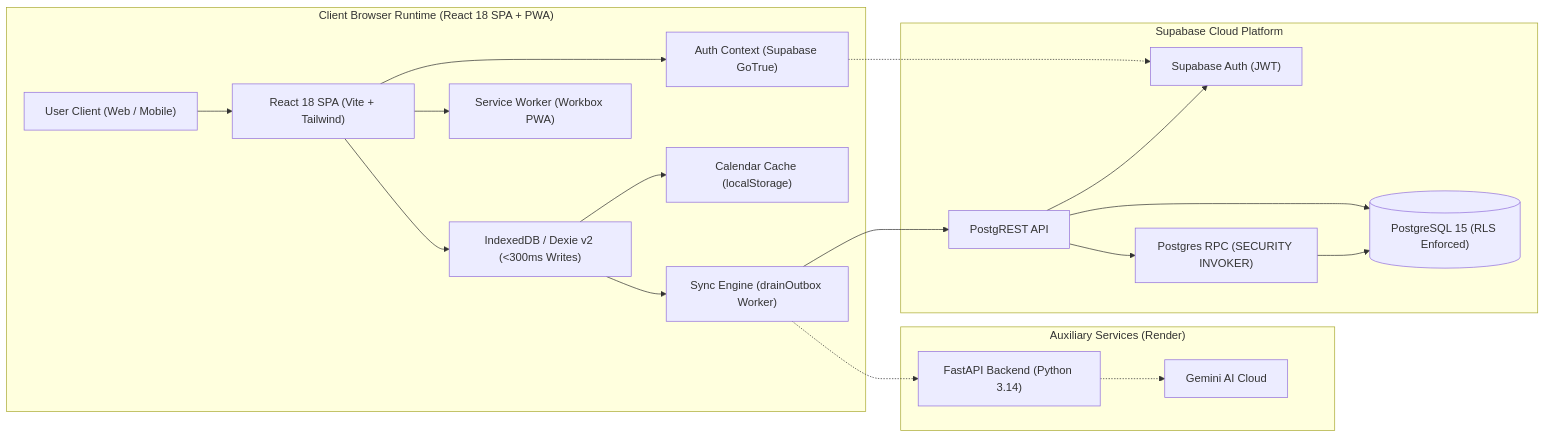
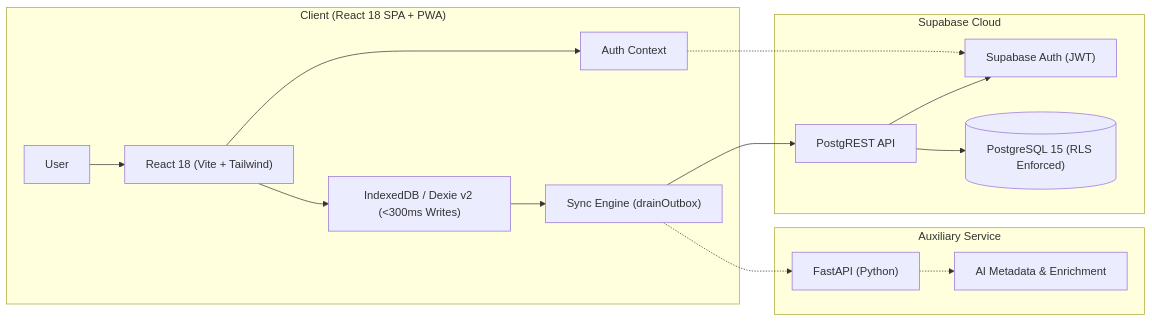
One commit to Rohitdare/Praxis changed the diagram in README.md. Above: the diagram before and after it, drawn with Mermaid. The commit also changed other lines of this file, not shown here.

````diff
--- a/README.md
+++ b/README.md
@@ -108,25 +72,21 @@
 ```mermaid
 graph LR
-    subgraph Client["Client Browser Runtime (React 18 SPA + PWA)"]
-        User["User Client (Web / Mobile)"] --> SPA["React 18 SPA (Vite + Tailwind)"]
-        SPA --> Auth["Auth Context (Supabase GoTrue)"]
-        SPA --> SW["Service Worker (Workbox PWA)"]
+    subgraph Client["Client (React 18 SPA + PWA)"]
+        User["User"] --> SPA["React 18 (Vite + Tailwind)"]
+        SPA --> Auth["Auth Context"]
         SPA --> DB["IndexedDB / Dexie v2 (<300ms Writes)"]
-        DB --> CalCache["Calendar Cache (localStorage)"]
-        DB --> Sync["Sync Engine (drainOutbox Worker)"]
+        DB --> Sync["Sync Engine (drainOutbox)"]
     end
 
-    subgraph Cloud["Supabase Cloud Platform"]
+    subgraph Cloud["Supabase Cloud"]
         Auth -.-> SupaAuth["Supabase Auth (JWT)"]
         Sync --> PostgREST["PostgREST API"]
         PostgREST --> SupaAuth
         PostgREST --> PG[("PostgreSQL 15 (RLS Enforced)")]
-        PostgREST --> RPC["Postgres RPC (SECURITY INVOKER)"]
-        RPC --> PG
     end
 
-    subgraph Auxiliary["Auxiliary Services (Render)"]
-        Sync -.-> FastAPI["FastAPI Backend (Python 3.14)"]
-        FastAPI -.-> Gemini["Gemini AI Cloud"]
+    subgraph Backend["Auxiliary Service"]
+        Sync -.-> FastAPI["FastAPI (Python)"]
+        FastAPI -.-> Gemini["AI Metadata & Enrichment"]
     end
 ```
````
